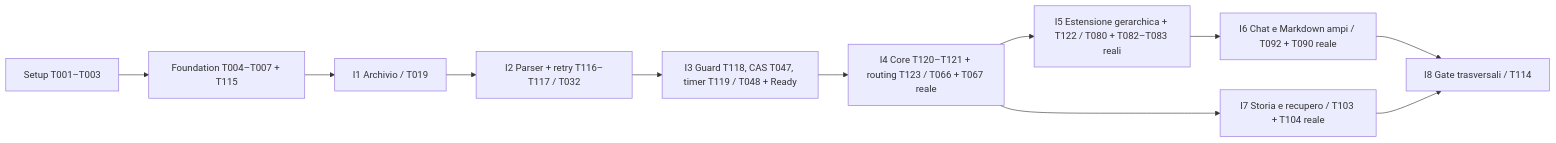
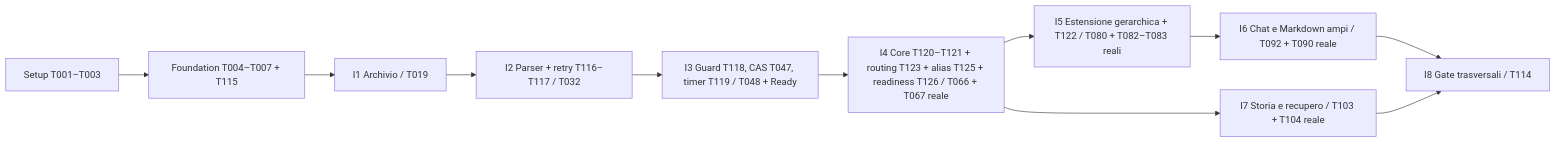
The diagram in specs/002-project-documents/tasks.md (babbubba/bProjects), drawn with Mermaid before and after one commit. The commit also changed other lines of this file and 5 other files, not shown here.

````diff
--- a/specs/002-project-documents/tasks.md
+++ b/specs/002-project-documents/tasks.md
@@ -364,13 +368,13 @@
 ```mermaid
 flowchart LR
   S["Setup T001–T003"] --> F["Foundation T004–T007 + T115"]
   F --> I1["I1 Archivio / T019"]
   I1 --> I2["I2 Parser + retry T116–T117 / T032"]
   I2 --> I3["I3 Guard T118, CAS T047, timer T119 / T048 + Ready"]
-  I3 --> I4["I4 Core T120–T121 + routing T123 / T066 + T067 reale"]
+  I3 --> I4["I4 Core T120–T121 + routing T123 + alias T125 + readiness T126 / T066 + T067 reale"]
   I4 --> I5["I5 Estensione gerarchica + T122 / T080 + T082–T083 reali"]
   I5 --> I6["I6 Chat e Markdown ampi / T092 + T090 reale"]
   I4 --> I7["I7 Storia e recupero / T103 + T104 reale"]
   I6 --> I8["I8 Gate trasversali / T114"]
   I7 --> I8
 ```
````
